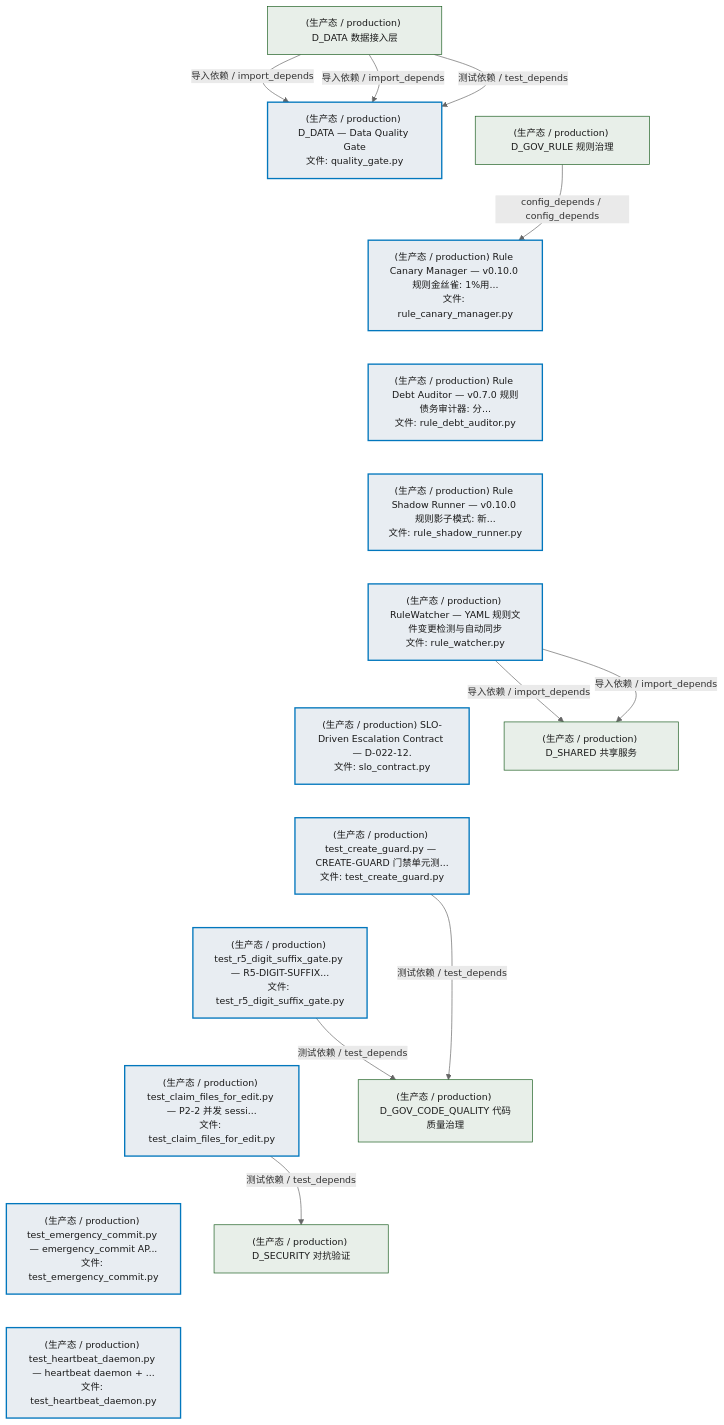
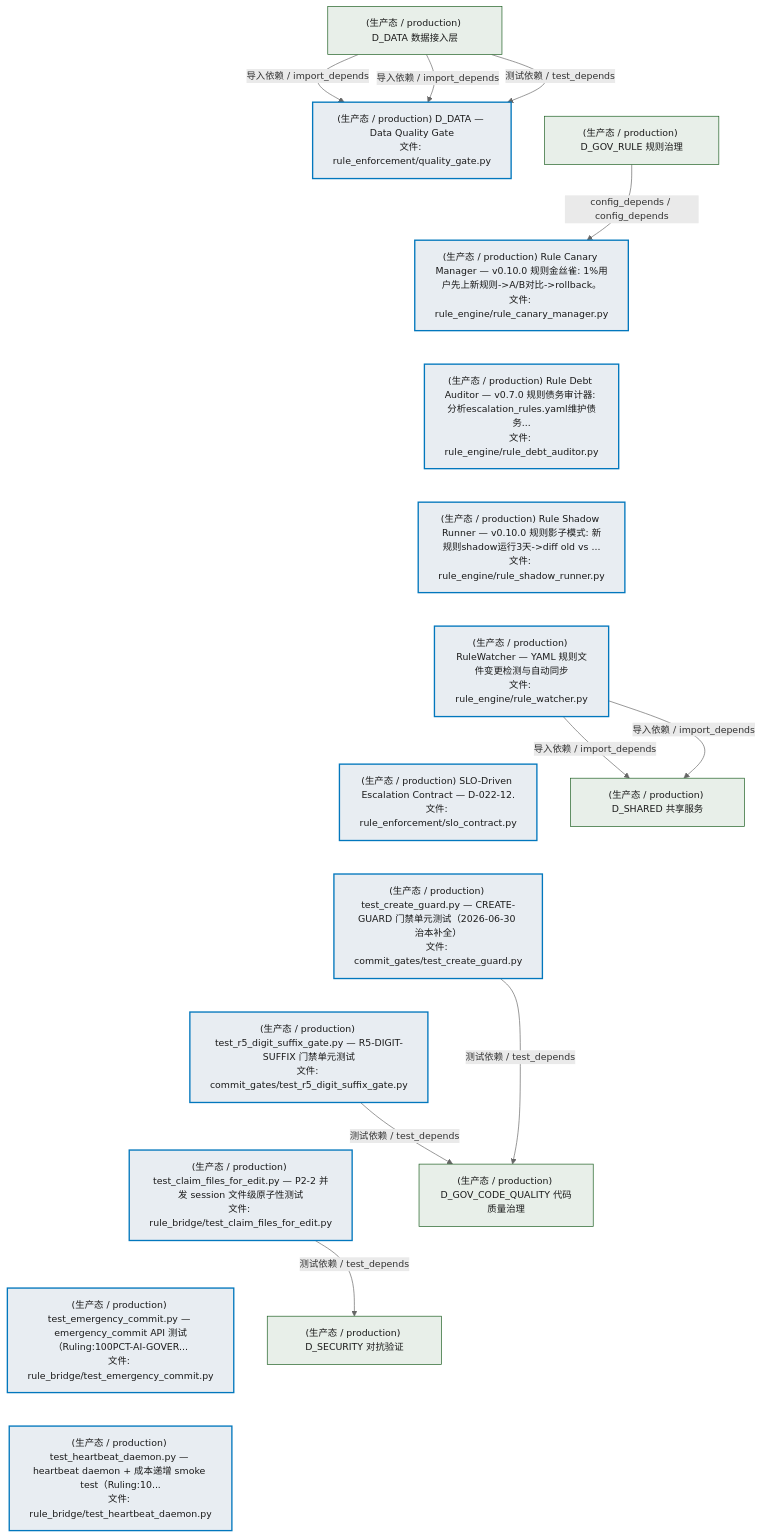
Before and after one commit to xuanFelixVan/ZephyrAlpha: the second of 5 diagrams in docs/02_enterprise_architecture/02_domain_architecture_docs/53_d_gov_enforcement.md, drawn with Mermaid. The commit also changed other lines of this file and 63 other files, not shown here.

````diff
--- a/docs/02_enterprise_architecture/02_domain_architecture_docs/53_d_gov_enforcement.md
+++ b/docs/02_enterprise_architecture/02_domain_architecture_docs/53_d_gov_enforcement.md
@@ -323,45 +323,45 @@
 ```mermaid
 %%{init: {'theme': 'base', 'themeVariables': {'primaryColor': '#eaeaea', 'primaryTextColor': '#333333', 'primaryBorderColor': '#666666', 'lineColor': '#666666', 'secondaryColor': '#eaeaea', 'tertiaryColor': '#eaeaea', 'fontSize': '14px'}}}%%
 flowchart TD
-    src_zephyr_gov_enforcement_rule_enforcement_quality_gate_py["(生产态 / production) D_DATA — Data Quality Gate<br/>文件: quality_gate.py"]
-    src_zephyr_gov_enforcement_rule_enforcement_rule_engine_rule_canary_manager_py["(生产态 / production) Rule Canary Manager — v0.10.0 规则金丝雀: 1%用...<br/>文件: rule_canary_manager.py"]
-    src_zephyr_gov_enforcement_rule_enforcement_rule_engine_rule_debt_auditor_py["(生产态 / production) Rule Debt Auditor — v0.7.0 规则债务审计器: 分...<br/>文件: rule_debt_auditor.py"]
-    src_zephyr_gov_enforcement_rule_enforcement_rule_engine_rule_shadow_runner_py["(生产态 / production) Rule Shadow Runner — v0.10.0 规则影子模式: 新...<br/>文件: rule_shadow_runner.py"]
-    src_zephyr_gov_enforcement_rule_enforcement_rule_engine_rule_watcher_py["(生产态 / production) RuleWatcher — YAML 规则文件变更检测与自动同步<br/>文件: rule_watcher.py"]
-    src_zephyr_gov_enforcement_rule_enforcement_slo_contract_py["(生产态 / production) SLO-Driven Escalation Contract — D-022-12.<br/>文件: slo_contract.py"]
-    tests_governance_commit_gates_test_create_guard_py["(生产态 / production) test_create_guard.py — CREATE-GUARD 门禁单元测...<br/>文件: test_create_guard.py"]
-    tests_governance_commit_gates_test_r5_digit_suffix_gate_py["(生产态 / production) test_r5_digit_suffix_gate.py — R5-DIGIT-SUFFIX...<br/>文件: test_r5_digit_suffix_gate.py"]
-    tests_governance_rule_bridge_test_claim_files_for_edit_py["(生产态 / production) test_claim_files_for_edit.py — P2-2 并发 sessi...<br/>文件: test_claim_files_for_edit.py"]
-    tests_governance_rule_bridge_test_emergency_commit_py["(生产态 / production) test_emergency_commit.py — emergency_commit AP...<br/>文件: test_emergency_commit.py"]
-    tests_governance_rule_bridge_test_heartbeat_daemon_py["(生产态 / production) test_heartbeat_daemon.py — heartbeat daemon + ...<br/>文件: test_heartbeat_daemon.py"]
+    src_zephyr_gov_enforcement_rule_enforcement_quality_gate_py["(生产态 / production) D_DATA — Data Quality Gate<br/>文件: rule_enforcement/quality_gate.py"]
+    src_zephyr_gov_enforcement_rule_enforcement_rule_engine_rule_canary_manager_py["(生产态 / production) Rule Canary Manager — v0.10.0 规则金丝雀: 1%用户先上新规则->A/B对比->rollback。<br/>文件: rule_engine/rule_canary_manager.py"]
+    src_zephyr_gov_enforcement_rule_enforcement_rule_engine_rule_debt_auditor_py["(生产态 / production) Rule Debt Auditor — v0.7.0 规则债务审计器: 分析escalation_rules.yaml维护债务...<br/>文件: rule_engine/rule_debt_auditor.py"]
+    src_zephyr_gov_enforcement_rule_enforcement_rule_engine_rule_shadow_runner_py["(生产态 / production) Rule Shadow Runner — v0.10.0 规则影子模式: 新规则shadow运行3天->diff old vs ...<br/>文件: rule_engine/rule_shadow_runner.py"]
+    src_zephyr_gov_enforcement_rule_enforcement_rule_engine_rule_watcher_py["(生产态 / production) RuleWatcher — YAML 规则文件变更检测与自动同步<br/>文件: rule_engine/rule_watcher.py"]
+    src_zephyr_gov_enforcement_rule_enforcement_slo_contract_py["(生产态 / production) SLO-Driven Escalation Contract — D-022-12.<br/>文件: rule_enforcement/slo_contract.py"]
+    tests_governance_commit_gates_test_create_guard_py["(生产态 / production) test_create_guard.py — CREATE-GUARD 门禁单元测试（2026-06-30 治本补全）<br/>文件: commit_gates/test_create_guard.py"]
+    tests_governance_commit_gates_test_r5_digit_suffix_gate_py["(生产态 / production) test_r5_digit_suffix_gate.py — R5-DIGIT-SUFFIX 门禁单元测试<br/>文件: commit_gates/test_r5_digit_suffix_gate.py"]
+    tests_governance_rule_bridge_test_claim_files_for_edit_py["(生产态 / production) test_claim_files_for_edit.py — P2-2 并发 session 文件级原子性测试<br/>文件: rule_bridge/test_claim_files_for_edit.py"]
+    tests_governance_rule_bridge_test_emergency_commit_py["(生产态 / production) test_emergency_commit.py — emergency_commit API 测试（Ruling:100PCT-AI-GOVER...<br/>文件: rule_bridge/test_emergency_commit.py"]
+    tests_governance_rule_bridge_test_heartbeat_daemon_py["(生产态 / production) test_heartbeat_daemon.py — heartbeat daemon + 成本递增 smoke test（Ruling:10...<br/>文件: rule_bridge/test_heartbeat_daemon.py"]
     src_zephyr_gov_enforcement_rule_enforcement_quality_gate_py ~~~ src_zephyr_gov_enforcement_rule_enforcement_rule_engine_rule_canary_manager_py
     src_zephyr_gov_enforcement_rule_enforcement_rule_engine_rule_canary_manager_py ~~~ src_zephyr_gov_enforcement_rule_enforcement_rule_engine_rule_debt_auditor_py
     src_zephyr_gov_enforcement_rule_enforcement_rule_engine_rule_debt_auditor_py ~~~ src_zephyr_gov_enforcement_rule_enforcement_rule_engine_rule_shadow_runner_py
     src_zephyr_gov_enforcement_rule_enforcement_rule_engine_rule_shadow_runner_py ~~~ src_zephyr_gov_enforcement_rule_enforcement_rule_engine_rule_watcher_py
     src_zephyr_gov_enforcement_rule_enforcement_rule_engine_rule_watcher_py ~~~ src_zephyr_gov_enforcement_rule_enforcement_slo_contract_py
     src_zephyr_gov_enforcement_rule_enforcement_slo_contract_py ~~~ tests_governance_commit_gates_test_create_guard_py
     tests_governance_commit_gates_test_create_guard_py ~~~ tests_governance_commit_gates_test_r5_digit_suffix_gate_py
     tests_governance_commit_gates_test_r5_digit_suffix_gate_py ~~~ tests_governance_rule_bridge_test_claim_files_for_edit_py
     tests_governance_rule_bridge_test_claim_files_for_edit_py ~~~ tests_governance_rule_bridge_test_emergency_commit_py
     tests_governance_rule_bridge_test_emergency_commit_py ~~~ tests_governance_rule_bridge_test_heartbeat_daemon_py
     D_SHARED["(生产态 / production) D_SHARED 共享服务"]
     src_zephyr_gov_enforcement_rule_enforcement_rule_engine_rule_watcher_py -->|导入依赖 / import_depends| D_SHARED
     src_zephyr_gov_enforcement_rule_enforcement_rule_engine_rule_watcher_py -->|导入依赖 / import_depends| D_SHARED
     D_GOV_CODE_QUALITY["(生产态 / production) D_GOV_CODE_QUALITY 代码质量治理"]
     tests_governance_commit_gates_test_create_guard_py -->|测试依赖 / test_depends| D_GOV_CODE_QUALITY
     tests_governance_commit_gates_test_r5_digit_suffix_gate_py -->|测试依赖 / test_depends| D_GOV_CODE_QUALITY
     D_SECURITY["(生产态 / production) D_SECURITY 对抗验证"]
     tests_governance_rule_bridge_test_claim_files_for_edit_py -->|测试依赖 / test_depends| D_SECURITY
     D_DATA["(生产态 / production) D_DATA 数据接入层"]
     D_DATA -->|导入依赖 / import_depends| src_zephyr_gov_enforcement_rule_enforcement_quality_gate_py
     D_DATA -->|导入依赖 / import_depends| src_zephyr_gov_enforcement_rule_enforcement_quality_gate_py
     D_DATA -->|测试依赖 / test_depends| src_zephyr_gov_enforcement_rule_enforcement_quality_gate_py
     D_GOV_RULE["(生产态 / production) D_GOV_RULE 规则治理"]
     D_GOV_RULE -->|config_depends / config_depends| src_zephyr_gov_enforcement_rule_enforcement_rule_engine_rule_canary_manager_py
     classDef production fill:#e8edf2,stroke:#0277bd,stroke-width:2px,color:#1a1a1a
     classDef design fill:#f0ebe3,stroke:#bf360c,stroke-width:2px,color:#1a1a1a,stroke-dasharray: 5 5
     classDef external_prod fill:#e8efe9,stroke:#1b5e20,stroke-width:1px,color:#1a1a1a
     classDef external_design fill:#efe5ea,stroke:#880e4f,stroke-width:1px,color:#1a1a1a,stroke-dasharray: 5 5
     class src_zephyr_gov_enforcement_rule_enforcement_quality_gate_py,src_zephyr_gov_enforcement_rule_enforcement_rule_engine_rule_canary_manager_py,src_zephyr_gov_enforcement_rule_enforcement_rule_engine_rule_debt_auditor_py,src_zephyr_gov_enforcement_rule_enforcement_rule_engine_rule_shadow_runner_py,src_zephyr_gov_enforcement_rule_enforcement_rule_engine_rule_watcher_py,src_zephyr_gov_enforcement_rule_enforcement_slo_contract_py,tests_governance_commit_gates_test_create_guard_py,tests_governance_commit_gates_test_r5_digit_suffix_gate_py,tests_governance_rule_bridge_test_claim_files_for_edit_py,tests_governance_rule_bridge_test_emergency_commit_py,tests_governance_rule_bridge_test_heartbeat_daemon_py production
     class D_SHARED,D_GOV_CODE_QUALITY,D_SECURITY,D_DATA,D_GOV_RULE external_prod
 ```
````
